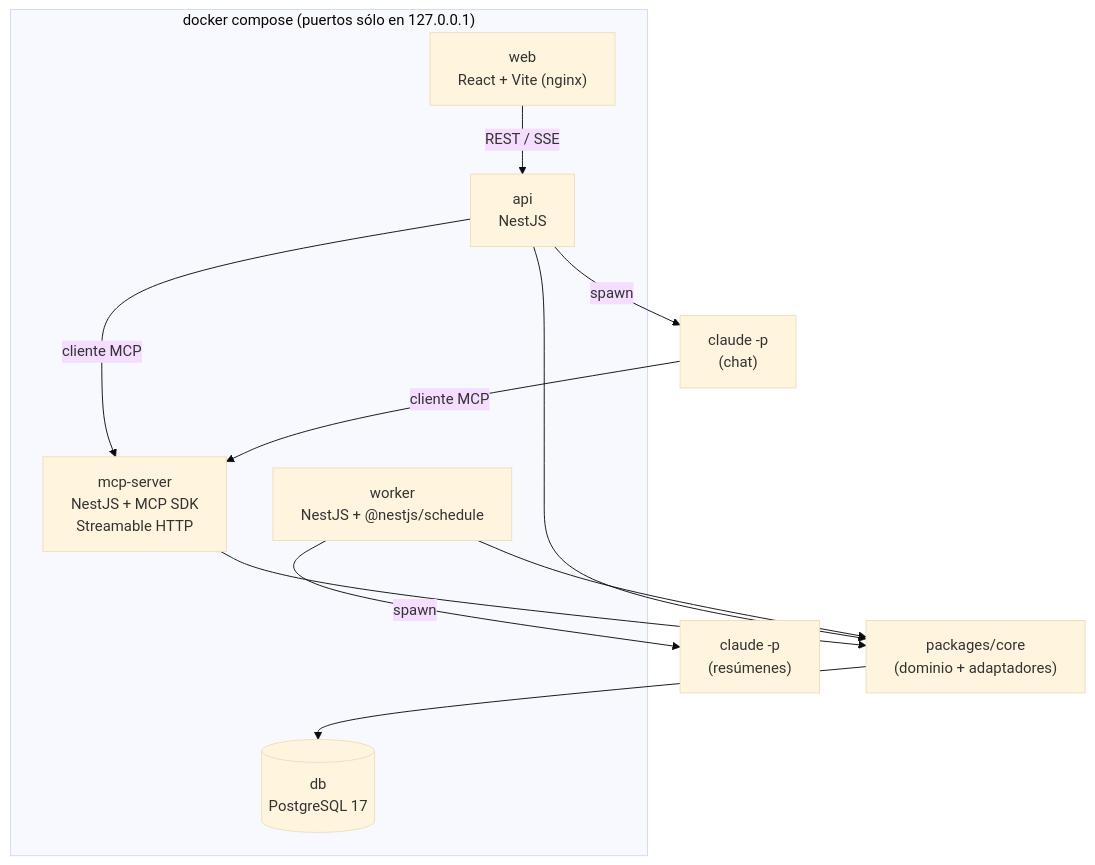
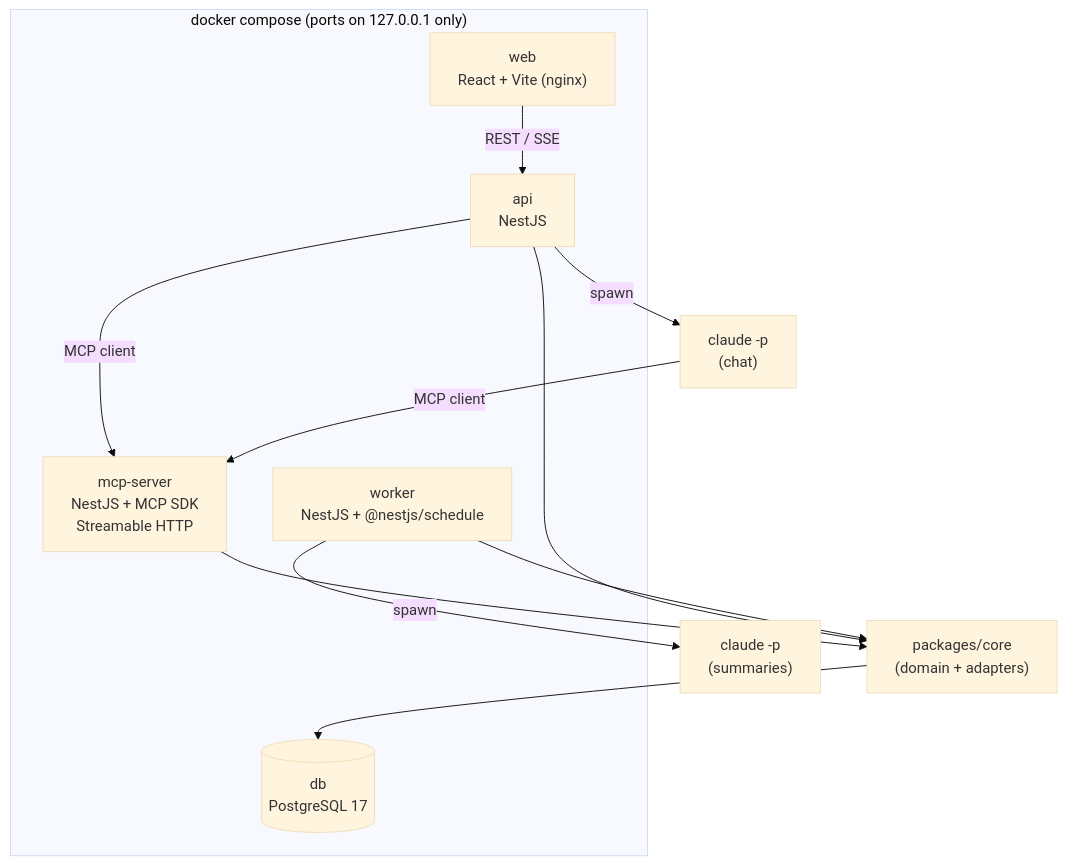
Before and after one commit to srovere/jarvis: the second of 9 diagrams in docs/architecture.md, drawn with Mermaid (base theme). The commit also changed other lines of this file and 68 other files, not shown here.

````diff
--- a/docs/architecture.md
+++ b/docs/architecture.md
@@ -37,19 +37,19 @@
 ```mermaid
 flowchart TB
-  subgraph compose["docker compose (puertos sólo en 127.0.0.1)"]
+  subgraph compose["docker compose (ports on 127.0.0.1 only)"]
     web["web<br/>React + Vite (nginx)"]
     api["api<br/>NestJS"]
     mcp["mcp-server<br/>NestJS + MCP SDK<br/>Streamable HTTP"]
     worker["worker<br/>NestJS + @nestjs/schedule"]
     db[("db<br/>PostgreSQL 17")]
   end
   web -- REST / SSE --> api
-  api -- cliente MCP --> mcp
+  api -- MCP client --> mcp
   api -- spawn --> cli1["claude -p<br/>(chat)"]
-  cli1 -- cliente MCP --> mcp
-  worker -- spawn --> cli2["claude -p<br/>(resúmenes)"]
+  cli1 -- MCP client --> mcp
+  worker -- spawn --> cli2["claude -p<br/>(summaries)"]
   mcp --> core
   api --> core
   worker --> core
-  core["packages/core<br/>(dominio + adaptadores)"] --> db
+  core["packages/core<br/>(domain + adapters)"] --> db
 ```
````
